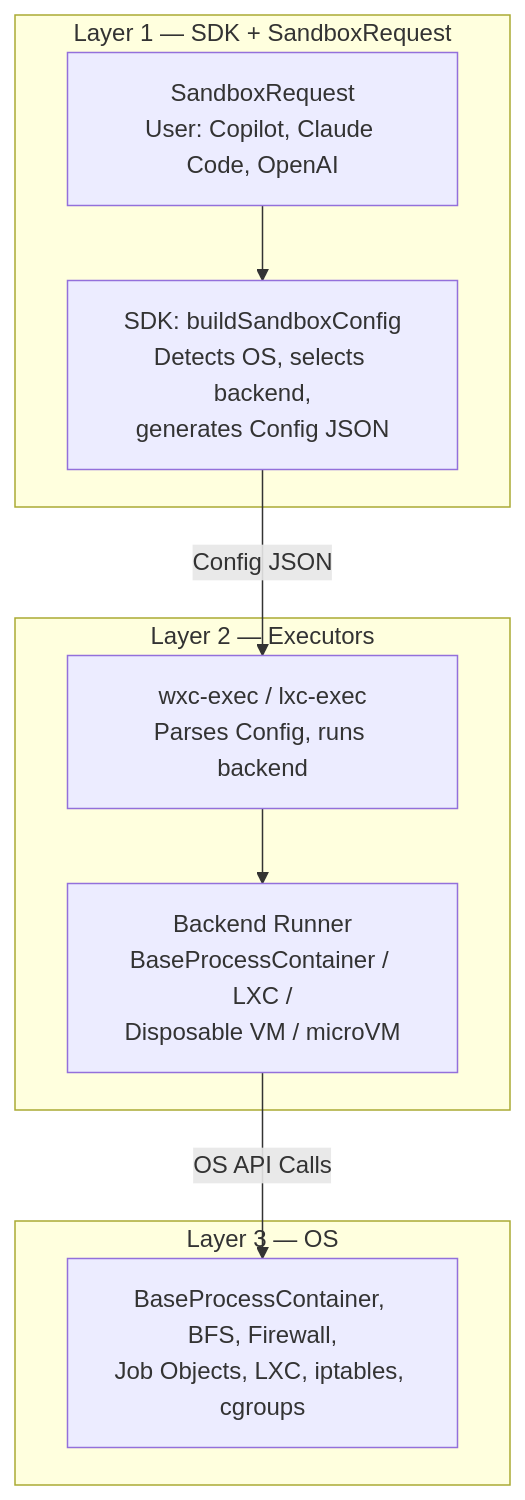
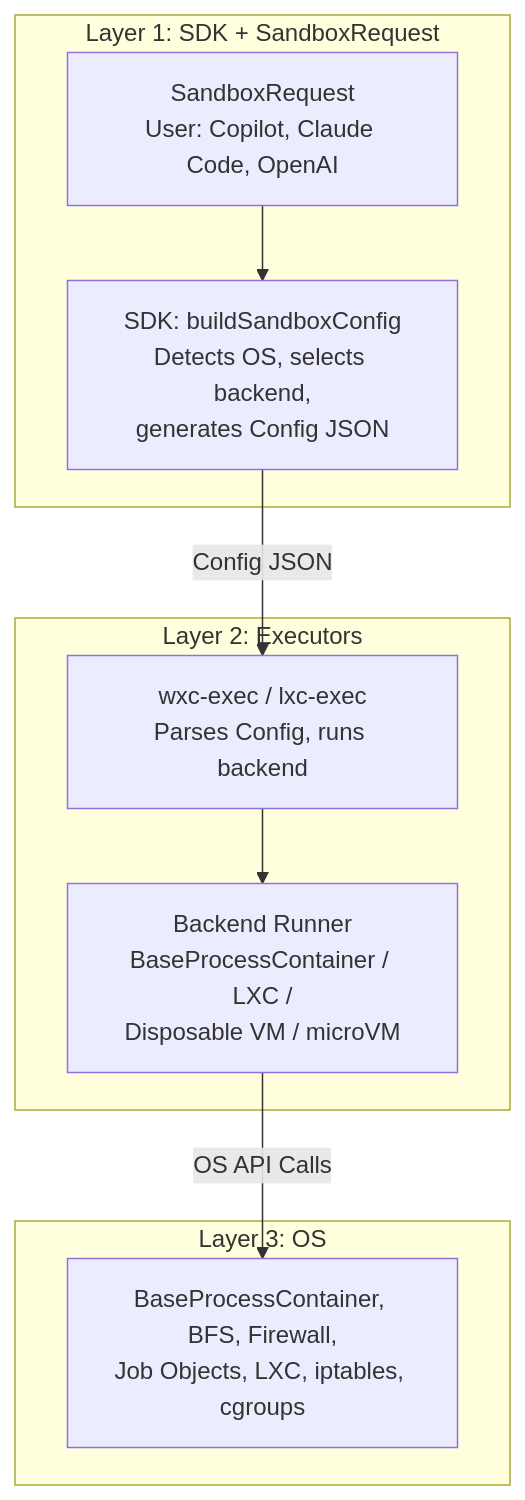
One commit to microsoft/mxc changed the first of 2 diagrams in docs/sandbox-policy/v1/policy.md. Above: the diagram before and after it, drawn with Mermaid. The commit also changed other lines of this file and 2 other files, not shown here.

First line of the commit message:
Update SandboxRequest spec: SandboxRequest model, full schema coverage, OS contribution guide

````diff
--- a/docs/sandbox-policy/v1/policy.md
+++ b/docs/sandbox-policy/v1/policy.md
@@ -780,21 +812,21 @@
 ```mermaid
 flowchart TB
-    subgraph "Layer 1 — SDK + SandboxRequest"
+    subgraph "Layer 1: SDK + SandboxRequest"
         A[SandboxRequest<br/>User: Copilot, Claude Code, OpenAI]
         B[SDK: buildSandboxConfig<br/>Detects OS, selects backend,<br/>generates Config JSON]
     end
 
-    subgraph "Layer 2 — Executors"
+    subgraph "Layer 2: Executors"
         E[wxc-exec / lxc-exec<br/>Parses Config, runs backend]
         G[Backend Runner<br/>BaseProcessContainer / LXC /<br/>Disposable VM / microVM]
     end
 
-    subgraph "Layer 3 — OS"
+    subgraph "Layer 3: OS"
         H[BaseProcessContainer, BFS, Firewall,<br/>Job Objects, LXC, iptables, cgroups]
     end
 
     A --> B
     B -->|Config JSON| E
     E --> G
     G -->|OS API Calls| H
 ```
````
